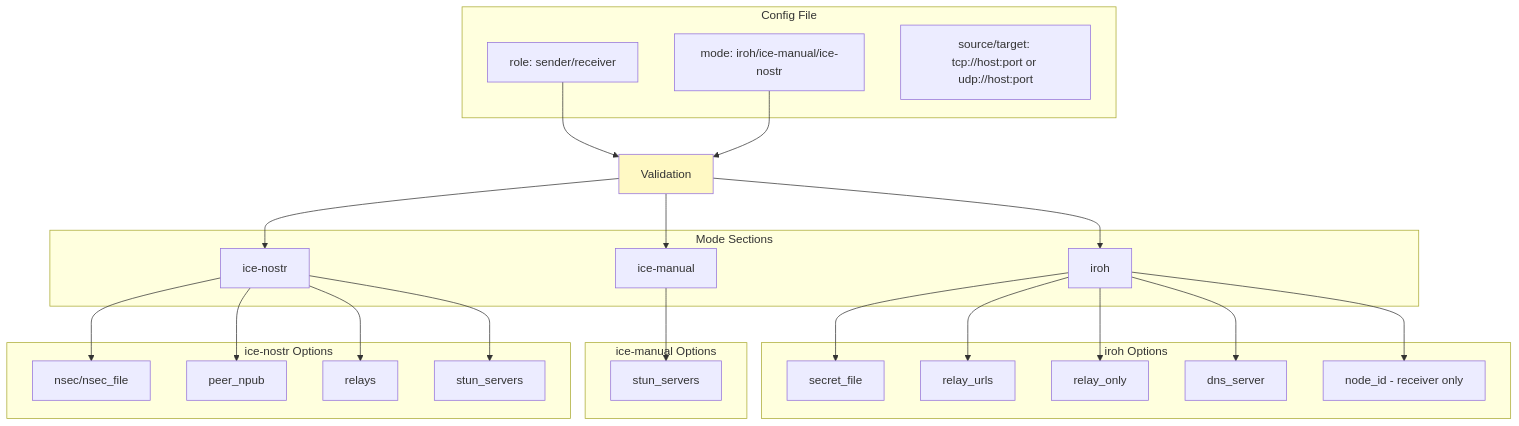
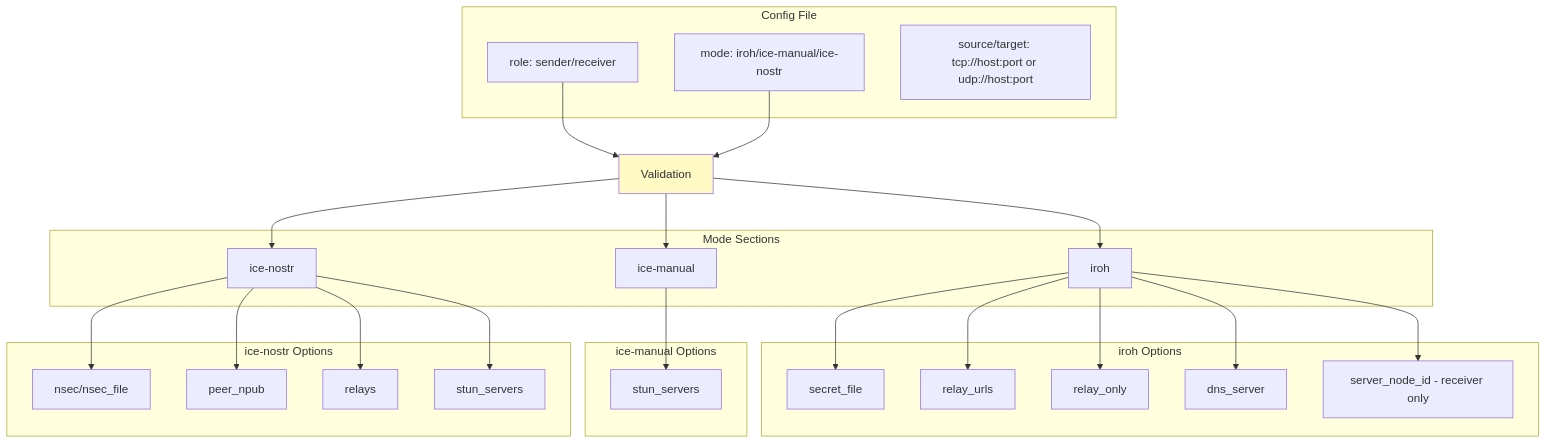
One commit to andrewtheguy/vpn-rs changed diagram 22 of 35 in docs/ARCHITECTURE.md. Above: the diagram before and after it, drawn with Mermaid. The commit also changed 7 other files, not shown here.

Commit message:
feat: rename node_id to server_node_id for clarity in iroh client configuration and usage

````diff
--- a/docs/ARCHITECTURE.md
+++ b/docs/ARCHITECTURE.md
@@ -925,53 +925,53 @@
 ```mermaid
 graph TB
     subgraph "Config File"
         A[role: sender/receiver]
         B[mode: iroh/ice-manual/ice-nostr]
         C[source/target: tcp://host:port or udp://host:port]
     end
 
     subgraph "Mode Sections"
         E[iroh]
         G[ice-manual]
         H[ice-nostr]
     end
 
     subgraph "iroh Options"
         I[secret_file]
         J[relay_urls]
         K[relay_only]
         L[dns_server]
-        M[node_id - receiver only]
+        M[server_node_id - receiver only]
     end
 
     subgraph "ice-manual Options"
         N[stun_servers]
     end
 
     subgraph "ice-nostr Options"
         O[nsec/nsec_file]
         P[peer_npub]
         Q[relays]
         R[stun_servers]
     end
 
     A --> S[Validation]
     B --> S
     S --> E
     S --> G
     S --> H
 
     E --> I
     E --> J
     E --> K
     E --> L
     E --> M
 
     G --> N
     H --> O
     H --> P
     H --> Q
     H --> R
 
     style S fill:#FFF9C4
 ```
````
